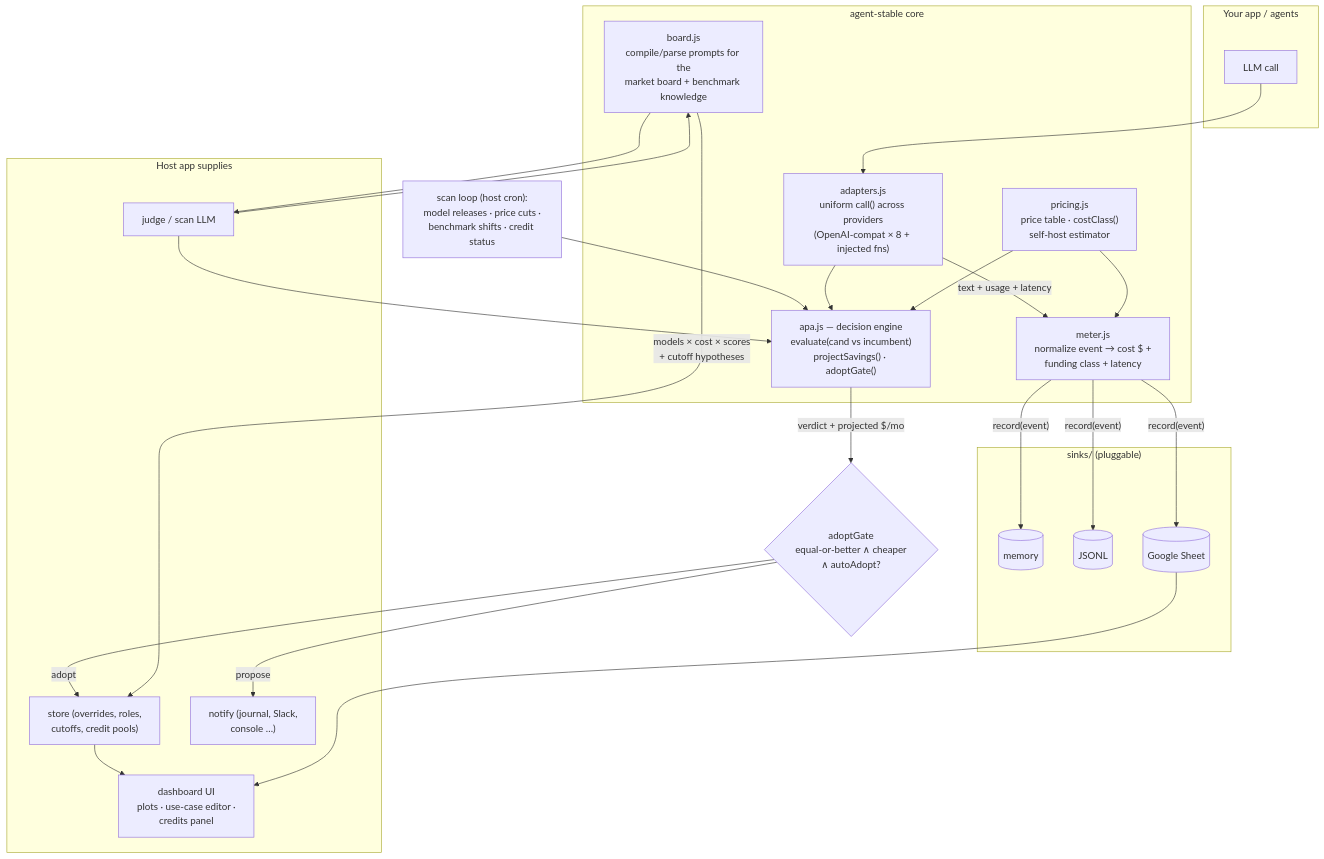
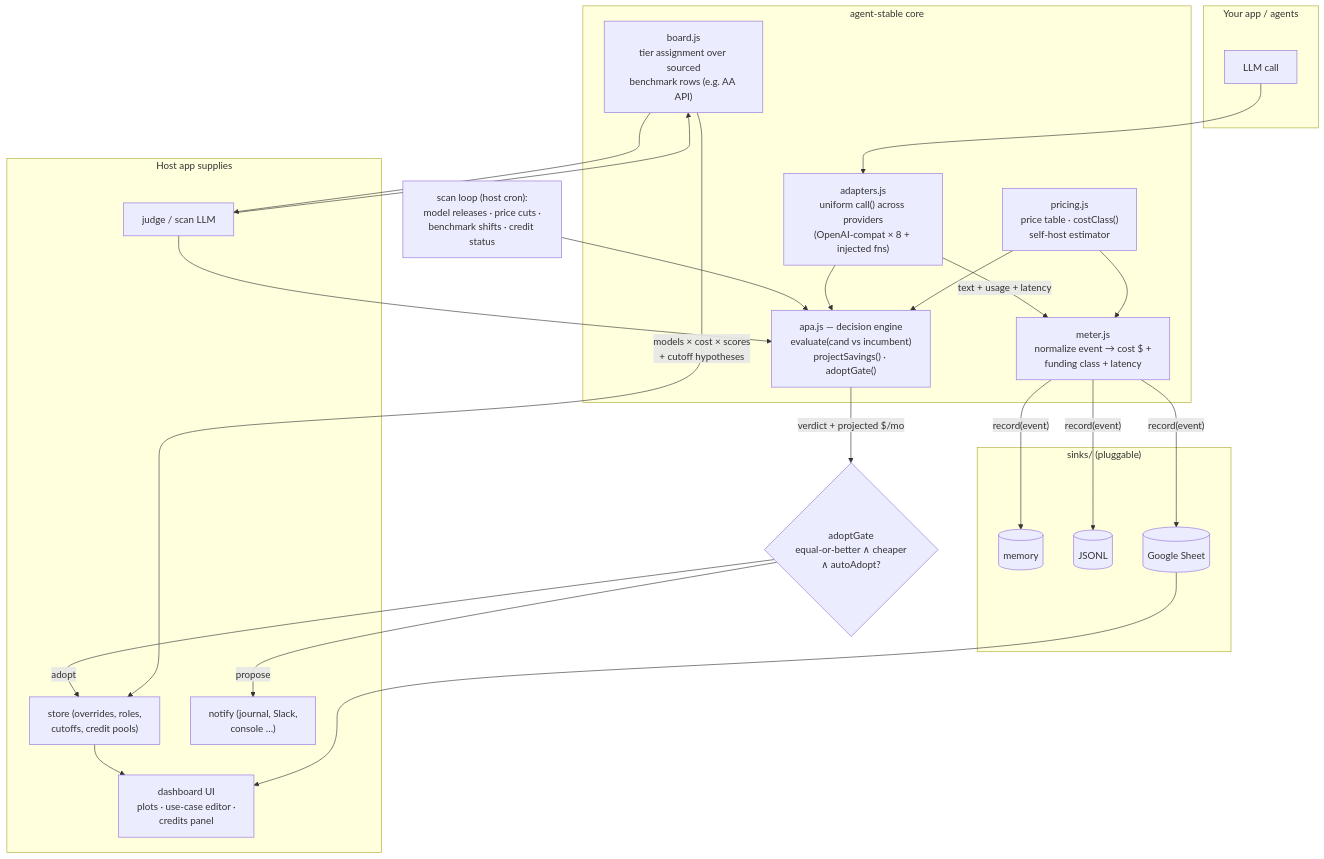
The diagram in stable/README.md (TheDavidLevitt/dashyng), drawn with Mermaid before and after one commit. The commit also changed other lines of this file and 18 other files, not shown here.

````diff
--- a/stable/README.md
+++ b/stable/README.md
@@ -46,45 +59,45 @@
 ```mermaid
 flowchart TB
   subgraph you["Your app / agents"]
     CALL["LLM call"]
   end
 
   subgraph core["agent-stable core"]
     ADP["adapters.js\nuniform call() across providers\n(OpenAI-compat × 8 + injected fns)"]
     MET["meter.js\nnormalize event → cost $ +\nfunding class + latency"]
     PRC["pricing.js\nprice table · costClass()\nself-host estimator"]
     APA["apa.js — decision engine\nevaluate(cand vs incumbent)\nprojectSavings() · adoptGate()"]
-    BRD["board.js\ncompile/parse prompts for the\nmarket board + benchmark knowledge"]
+    BRD["board.js\ntier assignment over sourced\nbenchmark rows (e.g. AA API)"]
   end
 
   subgraph sinks["sinks/ (pluggable)"]
     S1[("memory")]
     S2[("JSONL")]
     S3[("Google Sheet")]
   end
 
   subgraph host["Host app supplies"]
     LLM["judge / scan LLM"]
     STORE["store (overrides, roles,\ncutoffs, credit pools)"]
     NOTIFY["notify (journal, Slack,\nconsole …)"]
     UI["dashboard UI\nplots · use-case editor ·\ncredits panel"]
   end
 
   CALL --> ADP
   ADP -->|"text + usage + latency"| MET
   PRC --> MET
   MET -->|"record(event)"| S1 & S2 & S3
 
   SCAN["scan loop (host cron):\nmodel releases · price cuts ·\nbenchmark shifts · credit status"] --> APA
   LLM --> APA
   ADP --> APA
   PRC --> APA
   APA -->|"verdict + projected $/mo"| GATE{"adoptGate\nequal-or-better ∧ cheaper\n∧ autoAdopt?"}
   GATE -->|adopt| STORE
   GATE -->|propose| NOTIFY
   BRD --> LLM
   LLM --> BRD
   BRD -->|"models × cost × scores\n+ cutoff hypotheses"| STORE
   STORE --> UI
   S3 --> UI
 ```
````
